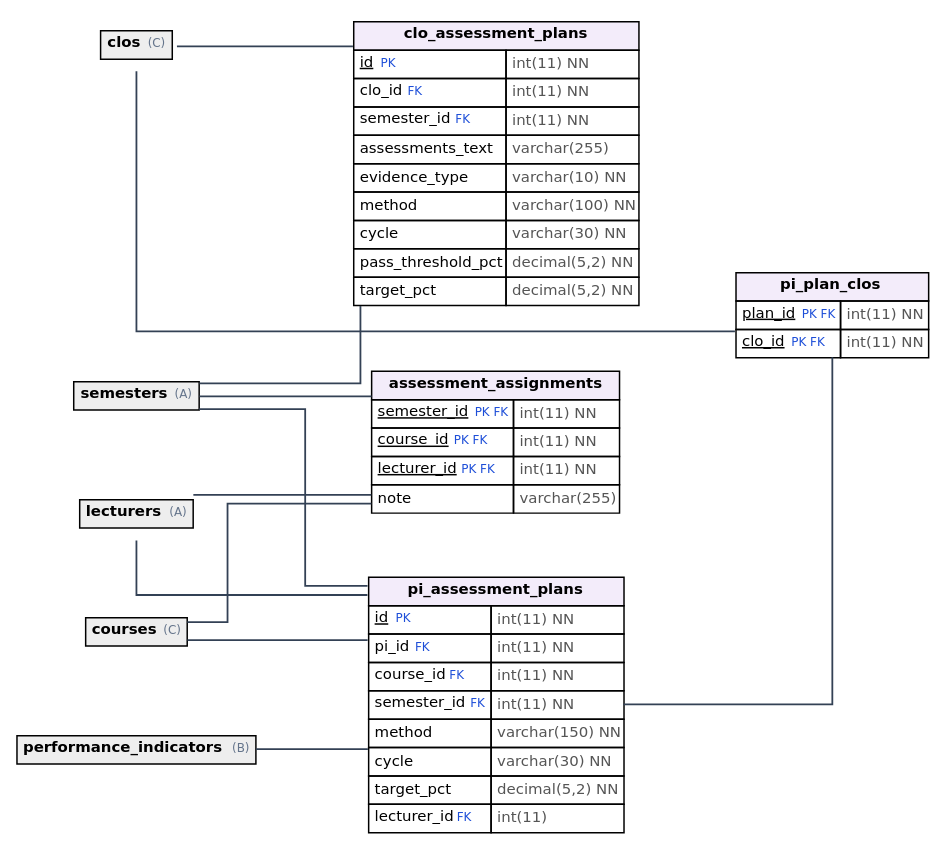
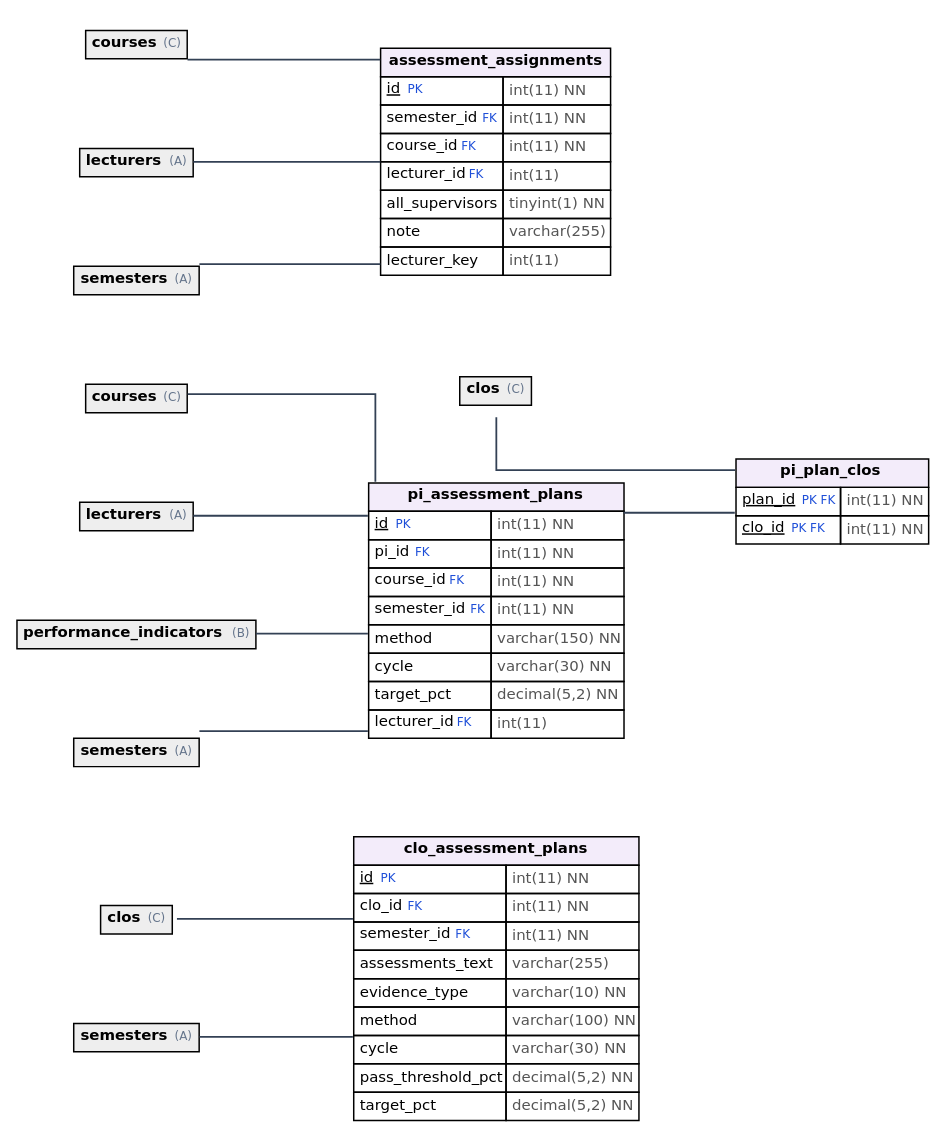
Before and after one commit to NguyenTanYen/TLCN: the diagram in docs/diagrams/erd_D.dot, drawn with Graphviz. The commit also changed 11698 other files, not shown here.

```diff
--- a/docs/diagrams/erd_D.dot
+++ b/docs/diagrams/erd_D.dot
@@ -1,23 +1,28 @@
 digraph G { rankdir=LR; graph [fontname="DejaVu Sans", splines=ortho, nodesep=0.6, ranksep=0.9 ];
 node [shape=none, margin=0, fontname="DejaVu Sans", fontsize=10]; edge [color="#334155", penwidth=1.2, dir=none];
 "clo_assessment_plans" [label=<<table border="0" cellborder="1" cellspacing="0" cellpadding="3"><tr><td bgcolor="#F3ECFA" colspan="2"><b>clo_assessment_plans</b></td></tr><tr><td align="left" port="id"><u>id</u> <font color="#1d4ed8" point-size="8">PK</font></td><td align="left"><font color="#555555">int(11) NN</font></td></tr><tr><td align="left" port="clo_id">clo_id <font color="#1d4ed8" point-size="8">FK</font></td><td align="left"><font color="#555555">int(11) NN</font></td></tr><tr><td align="left" port="semester_id">semester_id <font color="#1d4ed8" point-size="8">FK</font></td><td align="left"><font color="#555555">int(11) NN</font></td></tr><tr><td align="left" port="assessments_text">assessments_text</td><td align="left"><font color="#555555">varchar(255)</font></td></tr><tr><td align="left" port="evidence_type">evidence_type</td><td align="left"><font color="#555555">varchar(10) NN</font></td></tr><tr><td align="left" port="method">method</td><td align="left"><font color="#555555">varchar(100) NN</font></td></tr><tr><td align="left" port="cycle">cycle</td><td align="left"><font color="#555555">varchar(30) NN</font></td></tr><tr><td align="left" port="pass_threshold_pct">pass_threshold_pct</td><td align="left"><font color="#555555">decimal(5,2) NN</font></td></tr><tr><td align="left" port="target_pct">target_pct</td><td align="left"><font color="#555555">decimal(5,2) NN</font></td></tr></table>>];
 "pi_assessment_plans" [label=<<table border="0" cellborder="1" cellspacing="0" cellpadding="3"><tr><td bgcolor="#F3ECFA" colspan="2"><b>pi_assessment_plans</b></td></tr><tr><td align="left" port="id"><u>id</u> <font color="#1d4ed8" point-size="8">PK</font></td><td align="left"><font color="#555555">int(11) NN</font></td></tr><tr><td align="left" port="pi_id">pi_id <font color="#1d4ed8" point-size="8">FK</font></td><td align="left"><font color="#555555">int(11) NN</font></td></tr><tr><td align="left" port="course_id">course_id <font color="#1d4ed8" point-size="8">FK</font></td><td align="left"><font color="#555555">int(11) NN</font></td></tr><tr><td align="left" port="semester_id">semester_id <font color="#1d4ed8" point-size="8">FK</font></td><td align="left"><font color="#555555">int(11) NN</font></td></tr><tr><td align="left" port="method">method</td><td align="left"><font color="#555555">varchar(150) NN</font></td></tr><tr><td align="left" port="cycle">cycle</td><td align="left"><font color="#555555">varchar(30) NN</font></td></tr><tr><td align="left" port="target_pct">target_pct</td><td align="left"><font color="#555555">decimal(5,2) NN</font></td></tr><tr><td align="left" port="lecturer_id">lecturer_id <font color="#1d4ed8" point-size="8">FK</font></td><td align="left"><font color="#555555">int(11)</font></td></tr></table>>];
 "pi_plan_clos" [label=<<table border="0" cellborder="1" cellspacing="0" cellpadding="3"><tr><td bgcolor="#F3ECFA" colspan="2"><b>pi_plan_clos</b></td></tr><tr><td align="left" port="plan_id"><u>plan_id</u> <font color="#1d4ed8" point-size="8">PK FK</font></td><td align="left"><font color="#555555">int(11) NN</font></td></tr><tr><td align="left" port="clo_id"><u>clo_id</u> <font color="#1d4ed8" point-size="8">PK FK</font></td><td align="left"><font color="#555555">int(11) NN</font></td></tr></table>>];
-"assessment_assignments" [label=<<table border="0" cellborder="1" cellspacing="0" cellpadding="3"><tr><td bgcolor="#F3ECFA" colspan="2"><b>assessment_assignments</b></td></tr><tr><td align="left" port="semester_id"><u>semester_id</u> <font color="#1d4ed8" point-size="8">PK FK</font></td><td align="left"><font color="#555555">int(11) NN</font></td></tr><tr><td align="left" port="course_id"><u>course_id</u> <font color="#1d4ed8" point-size="8">PK FK</font></td><td align="left"><font color="#555555">int(11) NN</font></td></tr><tr><td align="left" port="lecturer_id"><u>lecturer_id</u> <font color="#1d4ed8" point-size="8">PK FK</font></td><td align="left"><font color="#555555">int(11) NN</font></td></tr><tr><td align="left" port="note">note</td><td align="left"><font color="#555555">varchar(255)</font></td></tr></table>>];
-"clos" [label=<<table border="0" cellborder="1" cellspacing="0" cellpadding="3"><tr><td bgcolor="#EEEEEE" colspan="2"><b>clos</b> <font point-size="8" color="#64748b">(C)</font></td></tr></table>>];
-"courses" [label=<<table border="0" cellborder="1" cellspacing="0" cellpadding="3"><tr><td bgcolor="#EEEEEE" colspan="2"><b>courses</b> <font point-size="8" color="#64748b">(C)</font></td></tr></table>>];
-"lecturers" [label=<<table border="0" cellborder="1" cellspacing="0" cellpadding="3"><tr><td bgcolor="#EEEEEE" colspan="2"><b>lecturers</b> <font point-size="8" color="#64748b">(A)</font></td></tr></table>>];
-"performance_indicators" [label=<<table border="0" cellborder="1" cellspacing="0" cellpadding="3"><tr><td bgcolor="#EEEEEE" colspan="2"><b>performance_indicators</b> <font point-size="8" color="#64748b">(B)</font></td></tr></table>>];
-"semesters" [label=<<table border="0" cellborder="1" cellspacing="0" cellpadding="3"><tr><td bgcolor="#EEEEEE" colspan="2"><b>semesters</b> <font point-size="8" color="#64748b">(A)</font></td></tr></table>>];
-"courses" -> "pi_assessment_plans" [id="fk__courses__pi_assessment_plans__course_id"];
-"lecturers" -> "pi_assessment_plans" [id="fk__lecturers__pi_assessment_plans__lecturer_id"];
-"performance_indicators" -> "pi_assessment_plans" [id="fk__performance_indicators__pi_assessment_plans__pi_id"];
-"semesters" -> "pi_assessment_plans" [id="fk__semesters__pi_assessment_plans__semester_id"];
-"clos" -> "clo_assessment_plans" [id="fk__clos__clo_assessment_plans__clo_id"];
-"semesters" -> "clo_assessment_plans" [id="fk__semesters__clo_assessment_plans__semester_id"];
-"courses" -> "assessment_assignments" [id="fk__courses__assessment_assignments__course_id"];
-"lecturers" -> "assessment_assignments" [id="fk__lecturers__assessment_assignments__lecturer_id"];
-"semesters" -> "assessment_assignments" [id="fk__semesters__assessment_assignments__semester_id"];
-"clos" -> "pi_plan_clos" [id="fk__clos__pi_plan_clos__clo_id"];
+"assessment_assignments" [label=<<table border="0" cellborder="1" cellspacing="0" cellpadding="3"><tr><td bgcolor="#F3ECFA" colspan="2"><b>assessment_assignments</b></td></tr><tr><td align="left" port="id"><u>id</u> <font color="#1d4ed8" point-size="8">PK</font></td><td align="left"><font color="#555555">int(11) NN</font></td></tr><tr><td align="left" port="semester_id">semester_id <font color="#1d4ed8" point-size="8">FK</font></td><td align="left"><font color="#555555">int(11) NN</font></td></tr><tr><td align="left" port="course_id">course_id <font color="#1d4ed8" point-size="8">FK</font></td><td align="left"><font color="#555555">int(11) NN</font></td></tr><tr><td align="left" port="lecturer_id">lecturer_id <font color="#1d4ed8" point-size="8">FK</font></td><td align="left"><font color="#555555">int(11)</font></td></tr><tr><td align="left" port="all_supervisors">all_supervisors</td><td align="left"><font color="#555555">tinyint(1) NN</font></td></tr><tr><td align="left" port="note">note</td><td align="left"><font color="#555555">varchar(255)</font></td></tr><tr><td align="left" port="lecturer_key">lecturer_key</td><td align="left"><font color="#555555">int(11)</font></td></tr></table>>];
+"clos@clo_assessment_plans" [label=<<table border="0" cellborder="1" cellspacing="0" cellpadding="3"><tr><td bgcolor="#EEEEEE" colspan="2"><b>clos</b> <font point-size="8" color="#64748b">(C)</font></td></tr></table>>];
+"clos@pi_plan_clos" [label=<<table border="0" cellborder="1" cellspacing="0" cellpadding="3"><tr><td bgcolor="#EEEEEE" colspan="2"><b>clos</b> <font point-size="8" color="#64748b">(C)</font></td></tr></table>>];
+"courses@assessment_assignments" [label=<<table border="0" cellborder="1" cellspacing="0" cellpadding="3"><tr><td bgcolor="#EEEEEE" colspan="2"><b>courses</b> <font point-size="8" color="#64748b">(C)</font></td></tr></table>>];
+"courses@pi_assessment_plans" [label=<<table border="0" cellborder="1" cellspacing="0" cellpadding="3"><tr><td bgcolor="#EEEEEE" colspan="2"><b>courses</b> <font point-size="8" color="#64748b">(C)</font></td></tr></table>>];
+"lecturers@assessment_assignments" [label=<<table border="0" cellborder="1" cellspacing="0" cellpadding="3"><tr><td bgcolor="#EEEEEE" colspan="2"><b>lecturers</b> <font point-size="8" color="#64748b">(A)</font></td></tr></table>>];
+"lecturers@pi_assessment_plans" [label=<<table border="0" cellborder="1" cellspacing="0" cellpadding="3"><tr><td bgcolor="#EEEEEE" colspan="2"><b>lecturers</b> <font point-size="8" color="#64748b">(A)</font></td></tr></table>>];
+"performance_indicators@pi_assessment_plans" [label=<<table border="0" cellborder="1" cellspacing="0" cellpadding="3"><tr><td bgcolor="#EEEEEE" colspan="2"><b>performance_indicators</b> <font point-size="8" color="#64748b">(B)</font></td></tr></table>>];
+"semesters@assessment_assignments" [label=<<table border="0" cellborder="1" cellspacing="0" cellpadding="3"><tr><td bgcolor="#EEEEEE" colspan="2"><b>semesters</b> <font point-size="8" color="#64748b">(A)</font></td></tr></table>>];
+"semesters@clo_assessment_plans" [label=<<table border="0" cellborder="1" cellspacing="0" cellpadding="3"><tr><td bgcolor="#EEEEEE" colspan="2"><b>semesters</b> <font point-size="8" color="#64748b">(A)</font></td></tr></table>>];
+"semesters@pi_assessment_plans" [label=<<table border="0" cellborder="1" cellspacing="0" cellpadding="3"><tr><td bgcolor="#EEEEEE" colspan="2"><b>semesters</b> <font point-size="8" color="#64748b">(A)</font></td></tr></table>>];
+"courses@pi_assessment_plans" -> "pi_assessment_plans" [id="fk__courses@pi_assessment_plans__pi_assessment_plans__course_id"];
+"lecturers@pi_assessment_plans" -> "pi_assessment_plans" [id="fk__lecturers@pi_assessment_plans__pi_assessment_plans__lecturer_id"];
+"performance_indicators@pi_assessment_plans" -> "pi_assessment_plans" [id="fk__performance_indicators@pi_assessment_plans__pi_assessment_plans__pi_id"];
+"semesters@pi_assessment_plans" -> "pi_assessment_plans" [id="fk__semesters@pi_assessment_plans__pi_assessment_plans__semester_id"];
+"clos@clo_assessment_plans" -> "clo_assessment_plans" [id="fk__clos@clo_assessment_plans__clo_assessment_plans__clo_id"];
+"semesters@clo_assessment_plans" -> "clo_assessment_plans" [id="fk__semesters@clo_assessment_plans__clo_assessment_plans__semester_id"];
+"courses@assessment_assignments" -> "assessment_assignments" [id="fk__courses@assessment_assignments__assessment_assignments__course_id"];
+"lecturers@assessment_assignments" -> "assessment_assignments" [id="fk__lecturers@assessment_assignments__assessment_assignments__lecturer_id"];
+"semesters@assessment_assignments" -> "assessment_assignments" [id="fk__semesters@assessment_assignments__assessment_assignments__semester_id"];
+"clos@pi_plan_clos" -> "pi_plan_clos" [id="fk__clos@pi_plan_clos__pi_plan_clos__clo_id"];
 "pi_assessment_plans" -> "pi_plan_clos" [id="fk__pi_assessment_plans__pi_plan_clos__plan_id"];
 }
```
